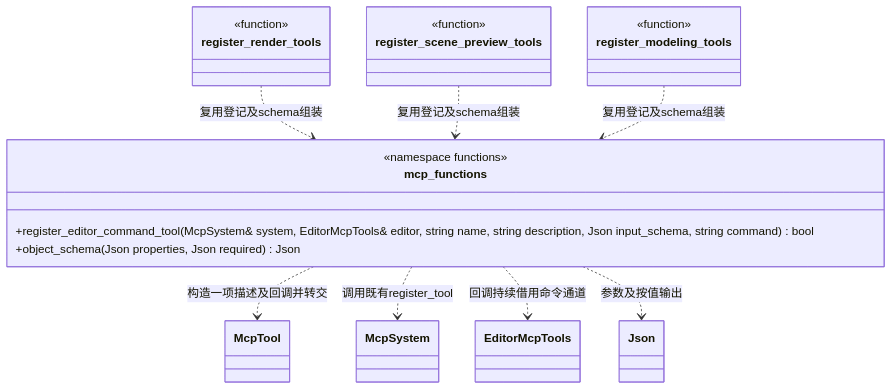
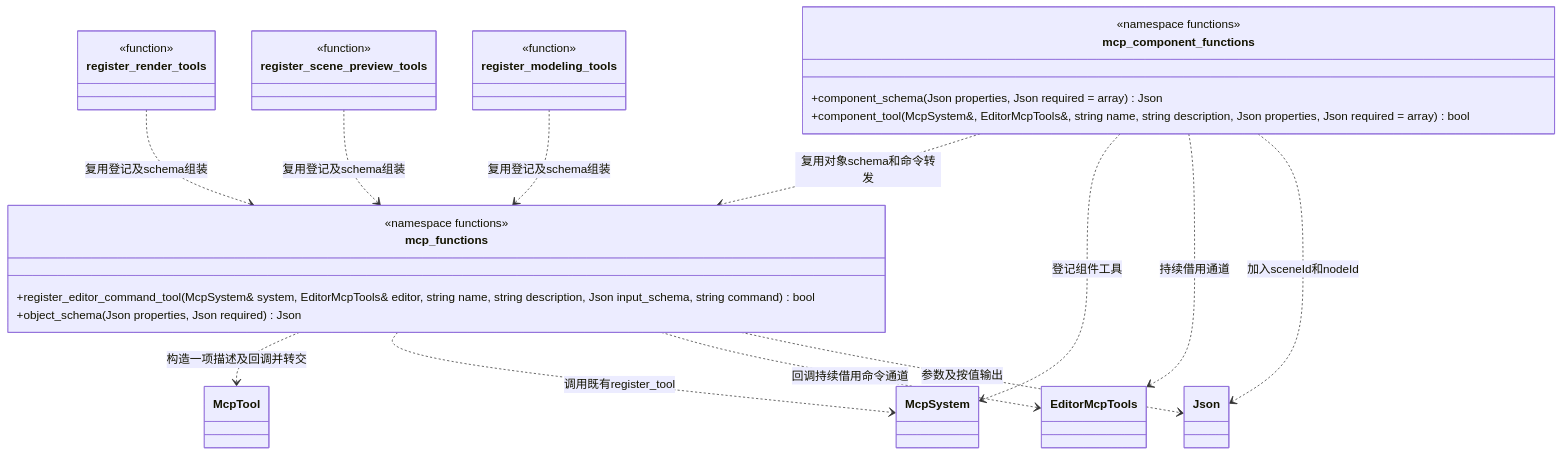
Before and after one commit to lcals/Engine: the first of 2 diagrams in docs/plugins/editor/class-diagrams/editor-mcp-tools.md, drawn with Mermaid. The commit also changed other lines of this file and 30 other files, not shown here.

Commit message:
Consolidate import tool execution and MCP registration

````diff
--- a/docs/plugins/editor/class-diagrams/editor-mcp-tools.md
+++ b/docs/plugins/editor/class-diagrams/editor-mcp-tools.md
@@ -11,28 +11,37 @@
 ```mermaid
 classDiagram
     class mcp_functions {
         <<namespace functions>>
         +register_editor_command_tool(McpSystem& system, EditorMcpTools& editor, string name, string description, Json input_schema, string command) bool
         +object_schema(Json properties, Json required) Json
+    }
+    class mcp_component_functions {
+        <<namespace functions>>
+        +component_schema(Json properties, Json required = array) Json
+        +component_tool(McpSystem&, EditorMcpTools&, string name, string description, Json properties, Json required = array) bool
     }
     class McpSystem
     class EditorMcpTools
     class McpTool
     class Json
     class register_render_tools {
         <<function>>
     }
     class register_scene_preview_tools {
         <<function>>
     }
     class register_modeling_tools {
         <<function>>
     }
     register_render_tools ..> mcp_functions : 复用登记及schema组装
     register_scene_preview_tools ..> mcp_functions : 复用登记及schema组装
     register_modeling_tools ..> mcp_functions : 复用登记及schema组装
     mcp_functions ..> McpTool : 构造一项描述及回调并转交
     mcp_functions ..> McpSystem : 调用既有register_tool
     mcp_functions ..> EditorMcpTools : 回调持续借用命令通道
     mcp_functions ..> Json : 参数及按值输出
+    mcp_component_functions ..> mcp_functions : 复用对象schema和命令转发
+    mcp_component_functions ..> McpSystem : 登记组件工具
+    mcp_component_functions ..> EditorMcpTools : 持续借用通道
+    mcp_component_functions ..> Json : 加入sceneId和nodeId
 ```
````
